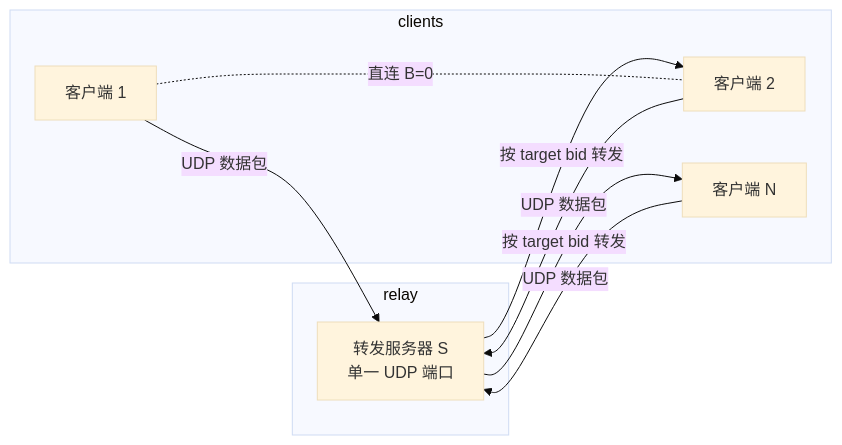
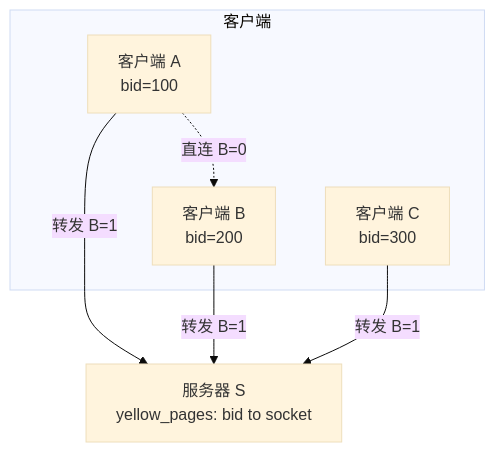
One commit to moky/magpie-bridge changed the first of 4 diagrams in docs/design-architecture.zh-CN.md. Above: the diagram before and after it, drawn with Mermaid (base theme). The commit also changed other lines of this file and 9 other files, not shown here.

````diff
--- a/docs/design-architecture.zh-CN.md
+++ b/docs/design-architecture.zh-CN.md
@@ -7,17 +7,13 @@
 ```mermaid
-flowchart LR
-    subgraph clients
-        C1[客户端 1]
-        C2[客户端 2]
-        C3[客户端 N]
+flowchart TD
+    subgraph 客户端
+        A["客户端 A<br/>bid=100"]
+        B["客户端 B<br/>bid=200"]
+        C["客户端 C<br/>bid=300"]
     end
-    subgraph relay
-        S[转发服务器 S<br/>单一 UDP 端口]
-    end
-    C1 -->|"UDP 数据包"| S
-    C2 -->|"UDP 数据包"| S
-    C3 -->|"UDP 数据包"| S
-    S -->|"按 target bid 转发"| C2
-    S -->|"按 target bid 转发"| C3
-    C1 -. 直连 B=0 .- C2
+    A -.->|"直连 B=0"| B
+    A -->|"转发 B=1"| S
+    B -->|"转发 B=1"| S
+    C -->|"转发 B=1"| S
+    S["服务器 S<br/>yellow_pages: bid to socket"]
 ```
````
